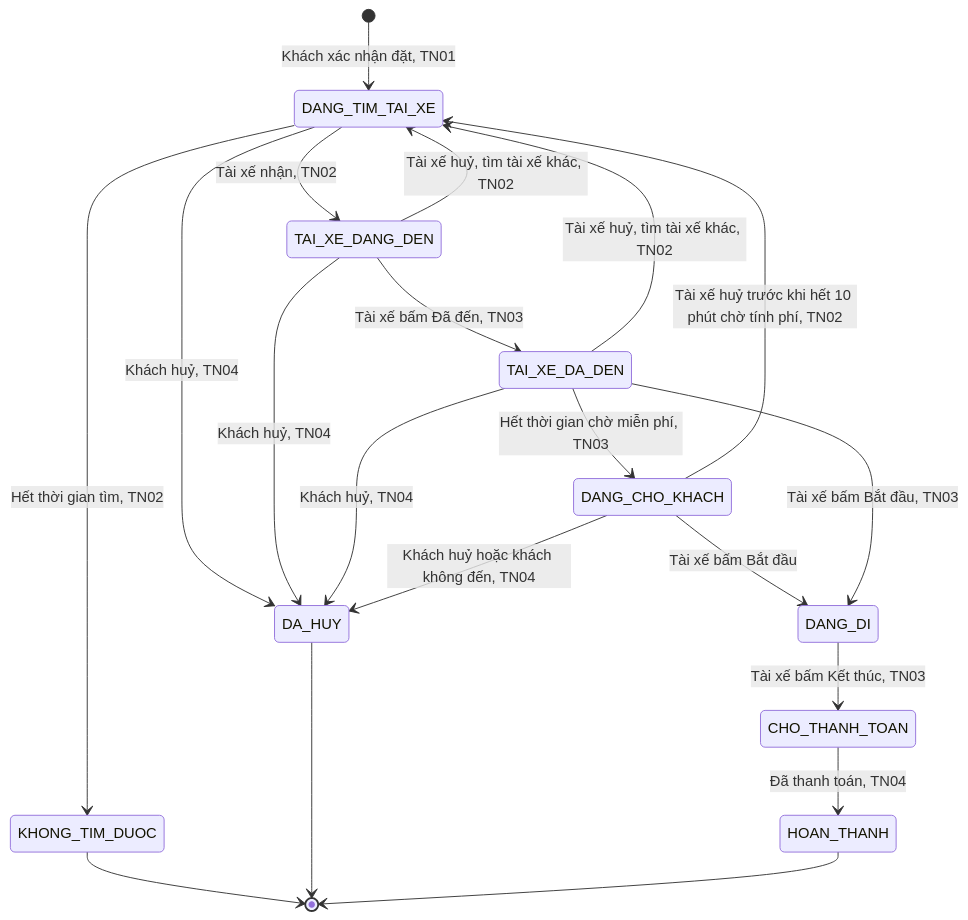
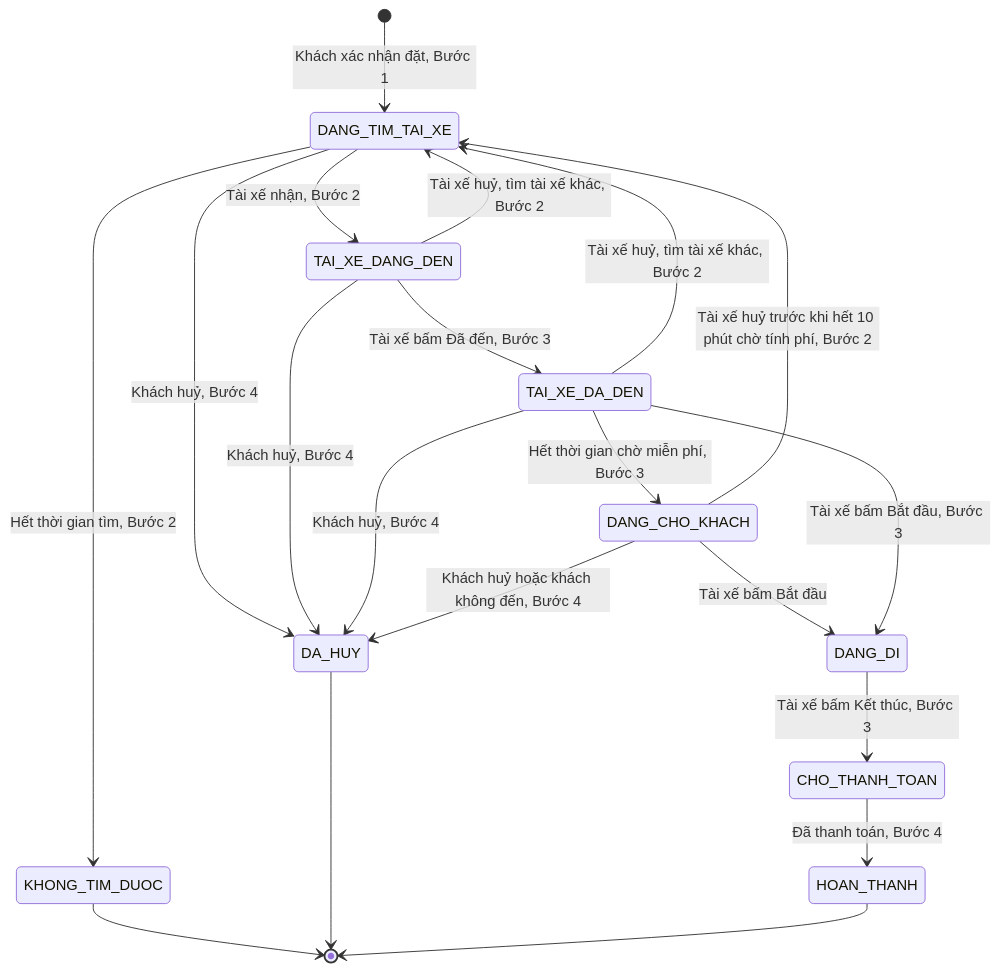
The first of 2 diagrams in README.md (uxfoundation-vn/de05-dat-xe-cho-khach), drawn with Mermaid before and after one commit. The commit also changed other lines of this file and 10 other files, not shown here.

First line of the commit message:
Gộp đề thành 1 tính năng: 1 luồng gồm các bước và màn hình

````diff
--- a/README.md
+++ b/README.md
@@ -20,22 +26,22 @@
 ```mermaid
 stateDiagram-v2
-  [*] --> DANG_TIM_TAI_XE : Khách xác nhận đặt, TN01
-  DANG_TIM_TAI_XE --> TAI_XE_DANG_DEN : Tài xế nhận, TN02
-  DANG_TIM_TAI_XE --> KHONG_TIM_DUOC : Hết thời gian tìm, TN02
-  DANG_TIM_TAI_XE --> DA_HUY : Khách huỷ, TN04
-  TAI_XE_DANG_DEN --> TAI_XE_DA_DEN : Tài xế bấm Đã đến, TN03
-  TAI_XE_DANG_DEN --> DANG_TIM_TAI_XE : Tài xế huỷ, tìm tài xế khác, TN02
-  TAI_XE_DANG_DEN --> DA_HUY : Khách huỷ, TN04
-  TAI_XE_DA_DEN --> DA_HUY : Khách huỷ, TN04
-  TAI_XE_DA_DEN --> DANG_TIM_TAI_XE : Tài xế huỷ, tìm tài xế khác, TN02
-  TAI_XE_DA_DEN --> DANG_CHO_KHACH : Hết thời gian chờ miễn phí, TN03
+  [*] --> DANG_TIM_TAI_XE : Khách xác nhận đặt, Bước 1
+  DANG_TIM_TAI_XE --> TAI_XE_DANG_DEN : Tài xế nhận, Bước 2
+  DANG_TIM_TAI_XE --> KHONG_TIM_DUOC : Hết thời gian tìm, Bước 2
+  DANG_TIM_TAI_XE --> DA_HUY : Khách huỷ, Bước 4
+  TAI_XE_DANG_DEN --> TAI_XE_DA_DEN : Tài xế bấm Đã đến, Bước 3
+  TAI_XE_DANG_DEN --> DANG_TIM_TAI_XE : Tài xế huỷ, tìm tài xế khác, Bước 2
+  TAI_XE_DANG_DEN --> DA_HUY : Khách huỷ, Bước 4
+  TAI_XE_DA_DEN --> DA_HUY : Khách huỷ, Bước 4
+  TAI_XE_DA_DEN --> DANG_TIM_TAI_XE : Tài xế huỷ, tìm tài xế khác, Bước 2
+  TAI_XE_DA_DEN --> DANG_CHO_KHACH : Hết thời gian chờ miễn phí, Bước 3
   DANG_CHO_KHACH --> DANG_DI : Tài xế bấm Bắt đầu
-  TAI_XE_DA_DEN --> DANG_DI : Tài xế bấm Bắt đầu, TN03
-  DANG_CHO_KHACH --> DA_HUY : Khách huỷ hoặc khách không đến, TN04
-  DANG_CHO_KHACH --> DANG_TIM_TAI_XE : Tài xế huỷ trước khi hết 10 phút chờ tính phí, TN02
-  DANG_DI --> CHO_THANH_TOAN : Tài xế bấm Kết thúc, TN03
-  CHO_THANH_TOAN --> HOAN_THANH : Đã thanh toán, TN04
+  TAI_XE_DA_DEN --> DANG_DI : Tài xế bấm Bắt đầu, Bước 3
+  DANG_CHO_KHACH --> DA_HUY : Khách huỷ hoặc khách không đến, Bước 4
+  DANG_CHO_KHACH --> DANG_TIM_TAI_XE : Tài xế huỷ trước khi hết 10 phút chờ tính phí, Bước 2
+  DANG_DI --> CHO_THANH_TOAN : Tài xế bấm Kết thúc, Bước 3
+  CHO_THANH_TOAN --> HOAN_THANH : Đã thanh toán, Bước 4
   KHONG_TIM_DUOC --> [*]
   DA_HUY --> [*]
   HOAN_THANH --> [*]
 ```
````
